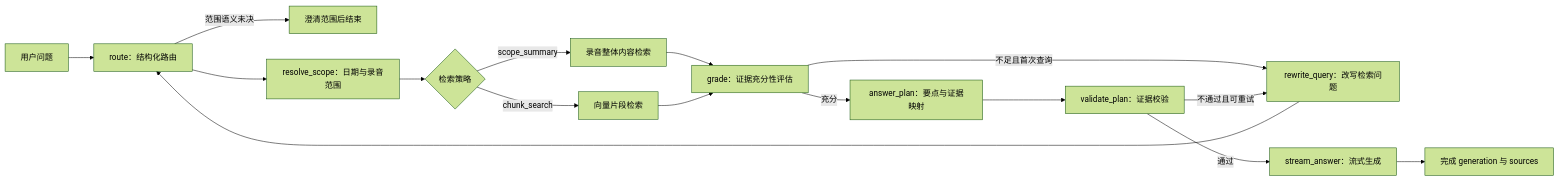
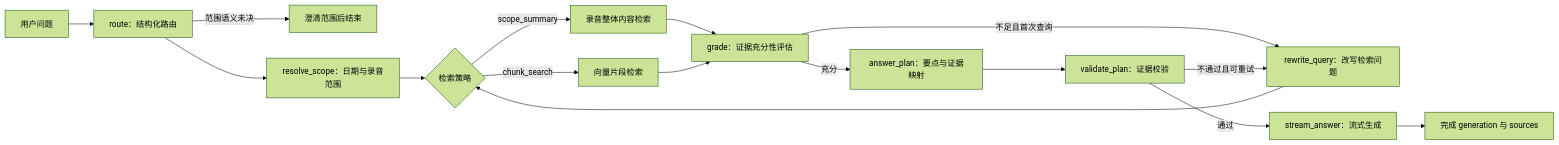
The diagram in docs/python-backend-rag-migration.md (Sxs7513/AIRecordSummary), drawn with Mermaid (forest theme) before and after one commit. The commit also changed other lines of this file and 288 other files, not shown here.

````diff
--- a/docs/python-backend-rag-migration.md
+++ b/docs/python-backend-rag-migration.md
@@ -154,18 +146,18 @@
 ```mermaid
 flowchart LR
   A["用户问题"] --> B["route：结构化路由"]
   B -->|"范围语义未决"| M["澄清范围后结束"]
   B --> C["resolve_scope：日期与录音范围"]
   C --> D{"检索策略"}
   D -->|"scope_summary"| E["录音整体内容检索"]
   D -->|"chunk_search"| F["向量片段检索"]
   E --> G["grade：证据充分性评估"]
   F --> G
   G -->|"不足且首次查询"| H["rewrite_query：改写检索问题"]
-  H --> B
+  H --> D
   G -->|"充分"| I["answer_plan：要点与证据映射"]
   I --> J["validate_plan：证据校验"]
   J -->|"不通过且可重试"| H
   J -->|"通过"| K["stream_answer：流式生成"]
   K --> L["完成 generation 与 sources"]
 ```
````
